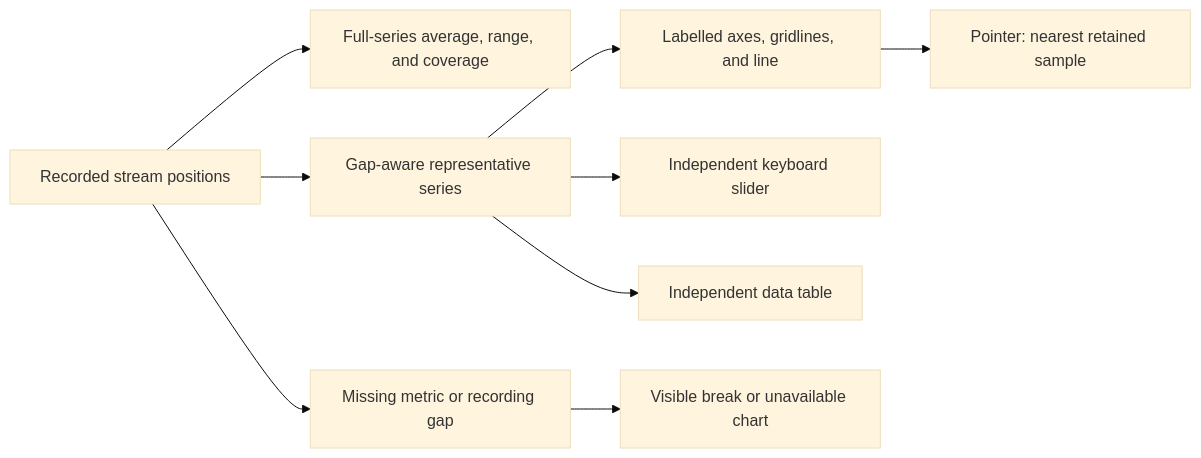
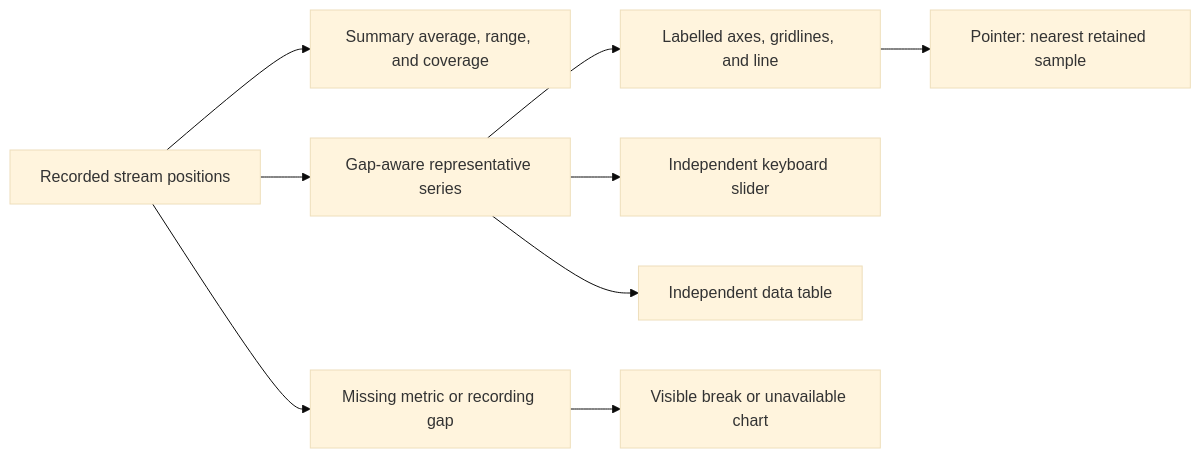
The diagram in docs/charts.md (Peter537/activity-explorer), drawn with Mermaid (base theme) before and after one commit. The commit also changed other lines of this file and 16 other files, not shown here.

```diff
--- a/docs/charts.md
+++ b/docs/charts.md
@@ -5,11 +5,11 @@
 ~~~mermaid
 flowchart LR
-    Stream["Recorded stream positions"] --> Stats["Full-series average, range, and coverage"]
+    Stream["Recorded stream positions"] --> Stats["Summary average, range, and coverage"]
     Stream --> Series["Gap-aware representative series"]
     Series --> Plot["Labelled axes, gridlines, and line"]
     Plot --> Pointer["Pointer: nearest retained sample"]
     Series --> Slider["Independent keyboard slider"]
     Series --> Table["Independent data table"]
     Stream --> Missing["Missing metric or recording gap"]
     Missing --> State["Visible break or unavailable chart"]
 ~~~
```
